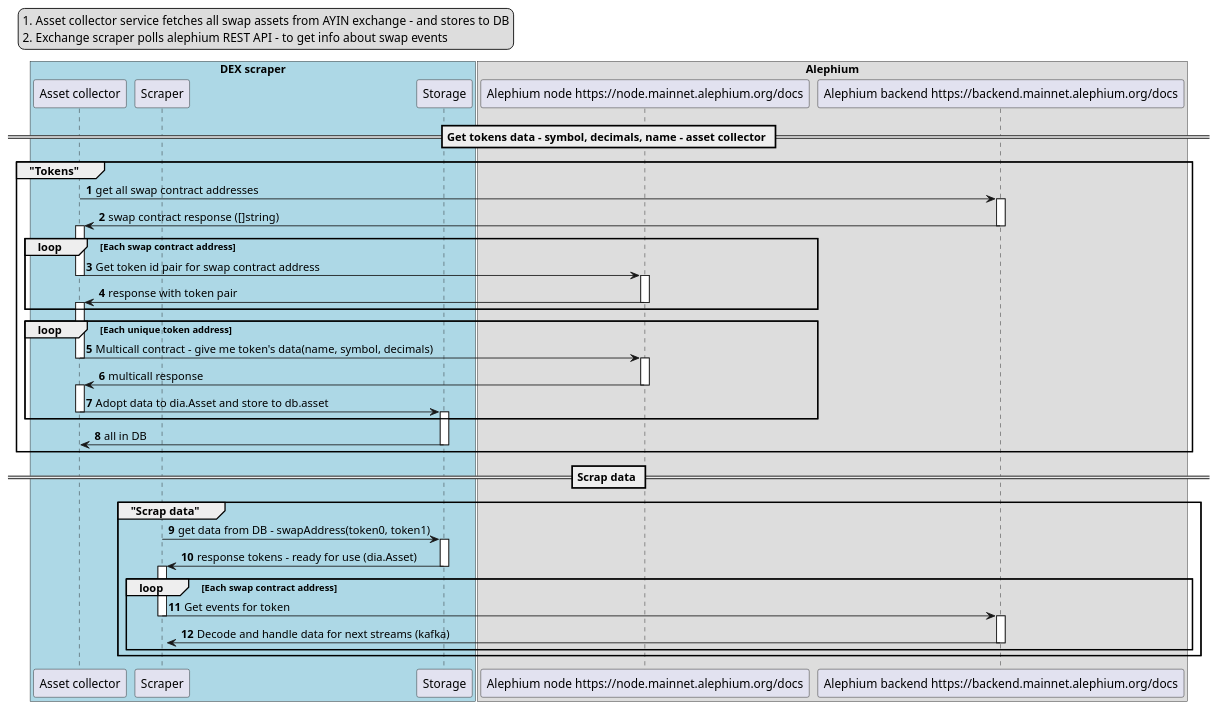
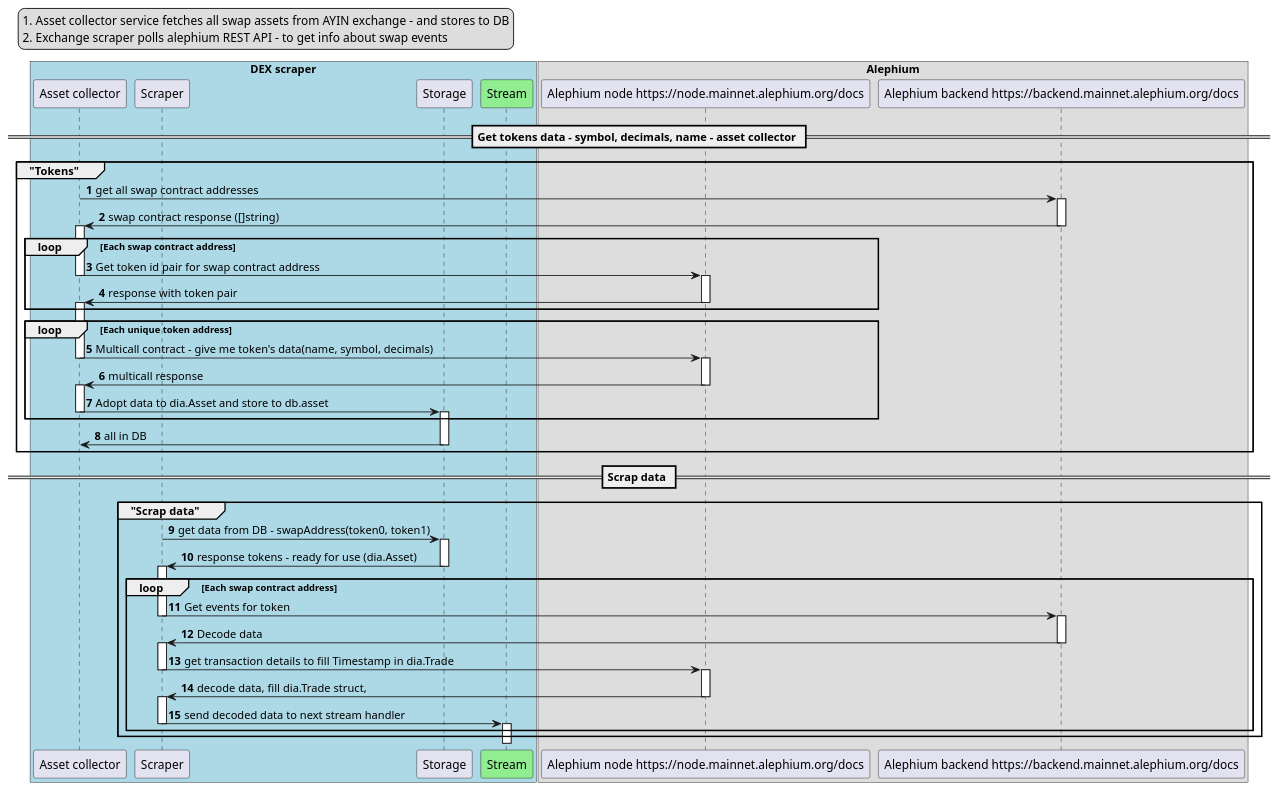
Before and after one commit to diadata-org/diadata: the diagram in documentation/tutorials/exchange-scrapers/alephium/alephium-ayin-dex-scraper-flow.puml, drawn with PlantUML. The commit also changed 1 other file, not shown here.

```diff
--- a/documentation/tutorials/exchange-scrapers/alephium/alephium-ayin-dex-scraper-flow.puml
+++ b/documentation/tutorials/exchange-scrapers/alephium/alephium-ayin-dex-scraper-flow.puml
@@ -1,58 +1,62 @@
 @startuml
 
 legend top left
   1. Asset collector service fetches all swap assets from AYIN exchange - and stores to DB
   2. Exchange scraper polls alephium REST API - to get info about swap events
 end legend
 
 box "DEX scraper" #LightBlue
 participant "Asset collector" as assetCollector
 participant "Scraper" as scraper
 participant "Storage" as storage
+participant "Stream" as stream #LightGreen
 end box
 
 box Alephium
 participant "Alephium node https://node.mainnet.alephium.org/docs" as anode
 participant "Alephium backend https://backend.mainnet.alephium.org/docs" as abackend
 end box
 
 == Get tokens data - symbol, decimals, name - asset collector ==
 
 group "Tokens"
 
 autonumber
 assetCollector -> abackend++: get all swap contract addresses
 abackend -> assetCollector--++: swap contract response ([]string)
 loop Each swap contract address
   assetCollector -> anode--++: Get token id pair for swap contract address
   anode ->  assetCollector--++: response with token pair
 end
 
 loop Each unique token address
   assetCollector -> anode--++: Multicall contract - give me token's data(name, symbol, decimals)
   anode -> assetCollector--++: multicall response
   assetCollector -> storage--++: Adopt data to dia.Asset and store to db.asset
 end
 
 storage -> assetCollector--: all in DB
 
 deactivate assetCollector
 
 end group
 
 
 == Scrap data ==
 
 group "Scrap data"
 
 scraper -> storage--++: get data from DB - swapAddress(token0, token1)
 storage -> scraper--++: response tokens - ready for use (dia.Asset)
 
 loop Each swap contract address
   scraper -> abackend--++: Get events for token
-  abackend -> scraper--++: Decode and handle data for next streams (kafka)
+  abackend -> scraper--++: Decode data
+  scraper -> anode--++: get transaction details to fill Timestamp in dia.Trade
+  anode -> scraper--++: decode data, fill dia.Trade struct,
+  scraper -> stream--++: send decoded data to next stream handler
 end     
 
 end group
 
 @enduml
```
